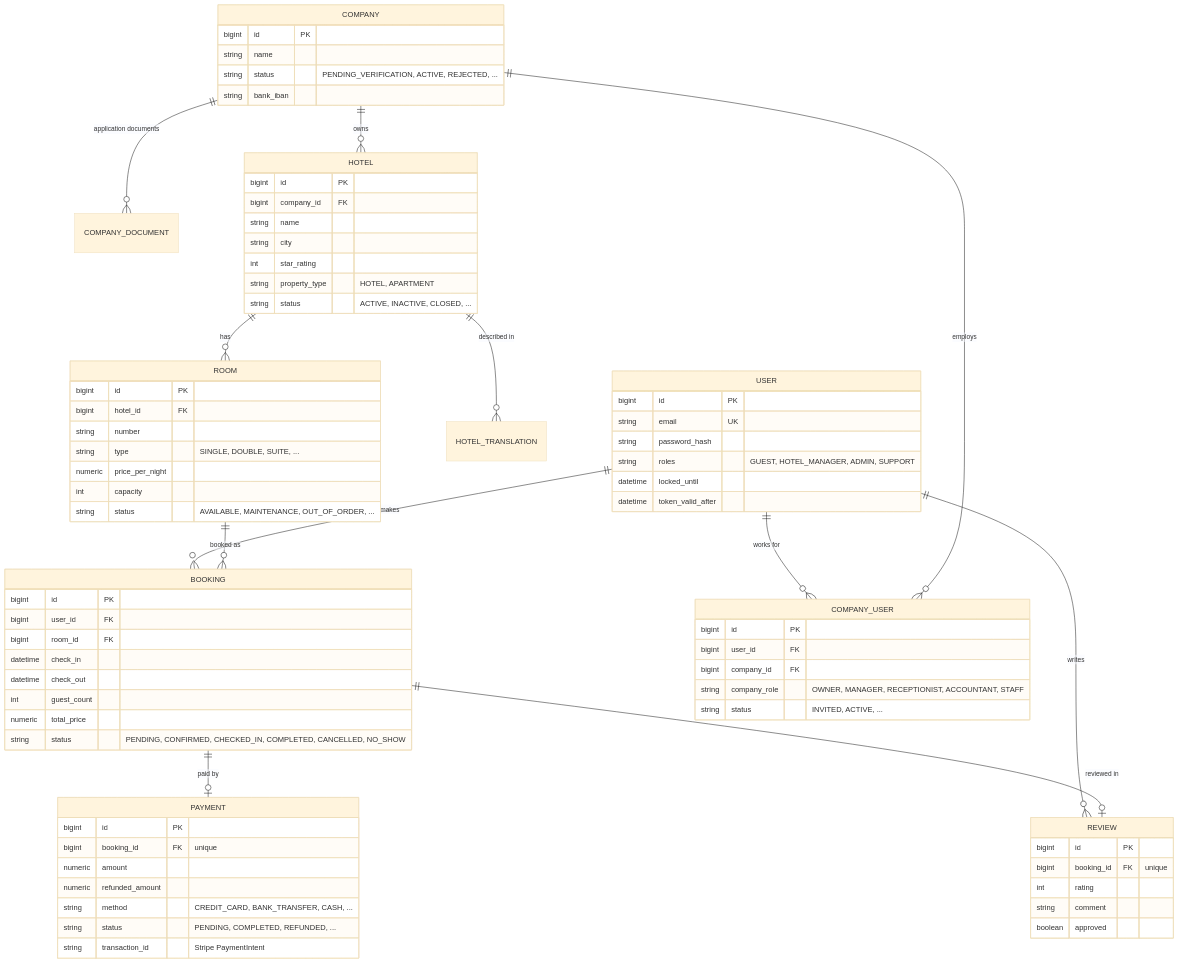
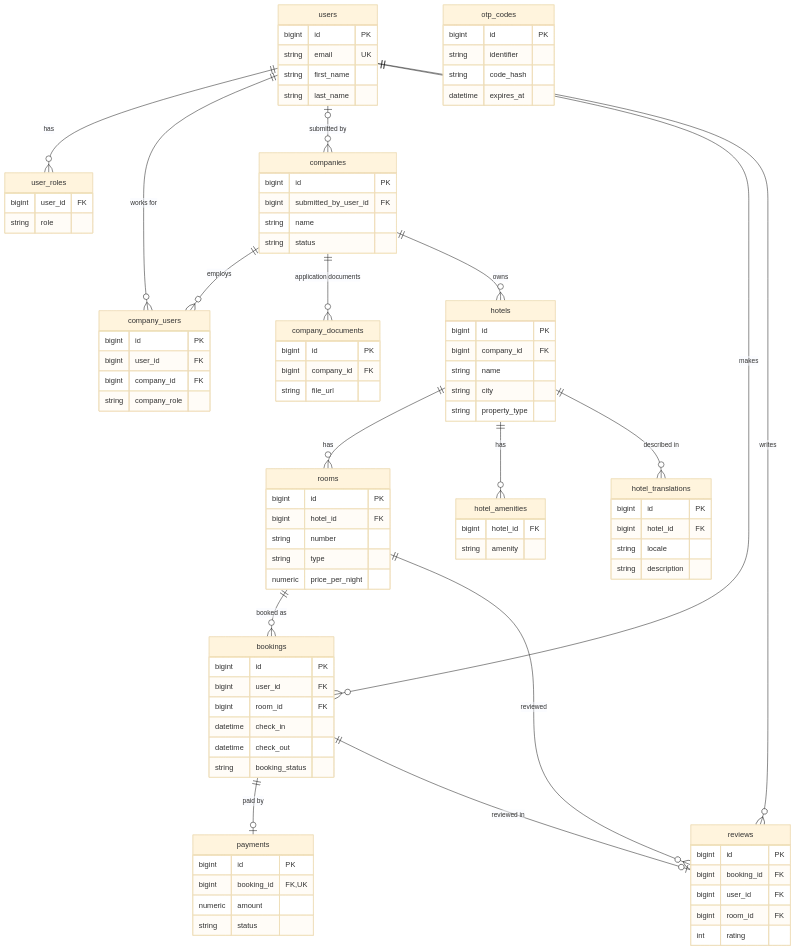
One commit to MAX959954/hotel-reservation-system changed the third of 4 diagrams in docs/ARCHITECTURE.md. Above: the diagram before and after it, drawn with Mermaid (base theme). The commit also changed other lines of this file and 1 other file, not shown here.

Commit message:
docs: align README and architecture diagrams with the thesis
- components, data model (all 13 tables) and booking lifecycle diagrams now
  match Figures 2-4 of the thesis
- list all six global roles (COMPANY_CLIENT and RECEPTIONIST were missing)
- split the 425 tests by test level: 296 unit, 85 @WebMvcTest component,
  44 integration (31 PostgreSQL, 13 Redis); CompanyAuthorizationTest is a
  unit test, not an integration test

````diff
--- a/docs/ARCHITECTURE.md
+++ b/docs/ARCHITECTURE.md
@@ -120,80 +128,97 @@
 ```mermaid
 erDiagram
-    USER ||--o{ BOOKING : makes
-    USER ||--o{ REVIEW : writes
-    USER ||--o{ COMPANY_USER : "works for"
-    COMPANY ||--o{ COMPANY_USER : employs
-    COMPANY ||--o{ COMPANY_DOCUMENT : "application documents"
-    COMPANY ||--o{ HOTEL : owns
-    HOTEL ||--o{ HOTEL_TRANSLATION : "described in"
-    HOTEL ||--o{ ROOM : has
-    ROOM ||--o{ BOOKING : "booked as"
-    BOOKING ||--o| PAYMENT : "paid by"
-    BOOKING ||--o| REVIEW : "reviewed in"
+    users ||--o{ user_roles : has
+    users ||--o{ company_users : "works for"
+    companies ||--o{ company_users : employs
+    users |o--o{ companies : "submitted by"
+    companies ||--o{ company_documents : "application documents"
+    companies ||--o{ hotels : owns
+    hotels ||--o{ rooms : has
+    hotels ||--o{ hotel_amenities : has
+    hotels ||--o{ hotel_translations : "described in"
+    users ||--o{ bookings : makes
+    rooms ||--o{ bookings : "booked as"
+    bookings ||--o| payments : "paid by"
+    bookings ||--o| reviews : "reviewed in"
+    users ||--o{ reviews : writes
+    rooms ||--o{ reviews : "reviewed"
 
-    USER {
+    user_roles {
+        bigint user_id FK
+        string role
+    }
+    users {
         bigint id PK
         string email UK
-        string password_hash
-        string roles "GUEST, HOTEL_MANAGER, ADMIN, SUPPORT"
-        datetime locked_until
-        datetime token_valid_after
+        string first_name
+        string last_name
     }
-    COMPANY {
-        bigint id PK
-        string name
-        string status "PENDING_VERIFICATION, ACTIVE, REJECTED, ..."
-        string bank_iban
-    }
-    COMPANY_USER {
+    company_users {
         bigint id PK
         bigint user_id FK
         bigint company_id FK
-        string company_role "OWNER, MANAGER, RECEPTIONIST, ACCOUNTANT, STAFF"
-        string status "INVITED, ACTIVE, ..."
+        string company_role
     }
-    HOTEL {
+    companies {
         bigint id PK
-        bigint company_id FK
+        bigint submitted_by_user_id FK
         string name
-        string city
-        int star_rating
-        string property_type "HOTEL, APARTMENT"
-        string status "ACTIVE, INACTIVE, CLOSED, ..."
+        string status
     }
-    ROOM {
+    payments {
         bigint id PK
-        bigint hotel_id FK
-        string number
-        string type "SINGLE, DOUBLE, SUITE, ..."
-        numeric price_per_night
-        int capacity
-        string status "AVAILABLE, MAINTENANCE, OUT_OF_ORDER, ..."
+        bigint booking_id FK,UK
+        numeric amount
+        string status
     }
-    BOOKING {
+    bookings {
         bigint id PK
         bigint user_id FK
         bigint room_id FK
         datetime check_in
         datetime check_out
-        int guest_count
-        numeric total_price
-        string status "PENDING, CONFIRMED, CHECKED_IN, COMPLETED, CANCELLED, NO_SHOW"
+        string booking_status
     }
-    PAYMENT {
+    hotels {
         bigint id PK
-        bigint booking_id FK "unique"
-        numeric amount
-        numeric refunded_amount
-        string method "CREDIT_CARD, BANK_TRANSFER, CASH, ..."
-        string status "PENDING, COMPLETED, REFUNDED, ..."
-        string transaction_id "Stripe PaymentIntent"
+        bigint company_id FK
+        string name
+        string city
+        string property_type
     }
-    REVIEW {
+    company_documents {
         bigint id PK
-        bigint booking_id FK "unique"
+        bigint company_id FK
+        string file_url
+    }
+    otp_codes {
+        bigint id PK
+        string identifier
+        string code_hash
+        datetime expires_at
+    }
+    reviews {
+        bigint id PK
+        bigint booking_id FK
+        bigint user_id FK
+        bigint room_id FK
         int rating
-        string comment
-        boolean approved
+    }
+    rooms {
+        bigint id PK
+        bigint hotel_id FK
+        string number
+        string type
+        numeric price_per_night
+    }
+    hotel_amenities {
+        bigint hotel_id FK
+        string amenity
+    }
+    hotel_translations {
+        bigint id PK
+        bigint hotel_id FK
+        string locale
+        string description
     }
 ```
````
